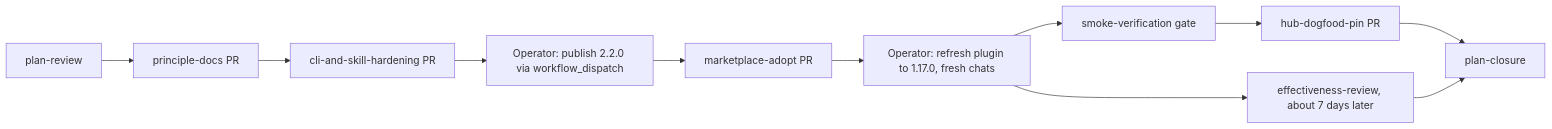
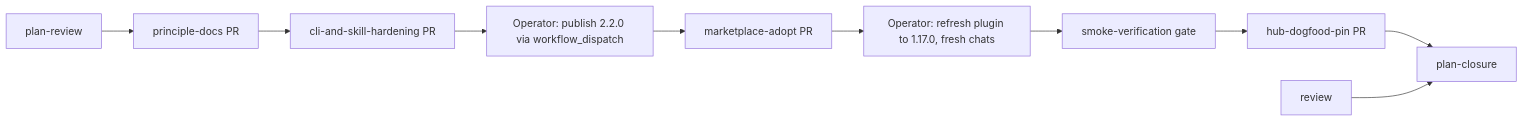
One commit to multipliers-dev/savepoints-lite changed the diagram in .cursor/plans/2026-11-27-post-write-verification-hardening.plan.md. Above: the diagram before and after it, drawn with Mermaid. The commit also changed other lines of this file, not shown here.

Commit message:
docs(plans): remove effectiveness-review slice from hardening plan

````diff
--- a/.cursor/plans/2026-11-27-post-write-verification-hardening.plan.md
+++ b/.cursor/plans/2026-11-27-post-write-verification-hardening.plan.md
@@ -146,13 +168,12 @@
 ```mermaid
 flowchart LR
   planPR["plan-review"] --> principle["principle-docs PR"]
   principle --> impl["cli-and-skill-hardening PR"]
   impl --> publish["Operator: publish 2.2.0 via workflow_dispatch"]
   publish --> market["marketplace-adopt PR"]
   market --> refresh["Operator: refresh plugin to 1.17.0, fresh chats"]
   refresh --> smoke["smoke-verification gate"]
   smoke --> pin["hub-dogfood-pin PR"]
-  refresh --> review["effectiveness-review, about 7 days later"]
   pin --> closure["plan-closure"]
   review --> closure
 ```
````
